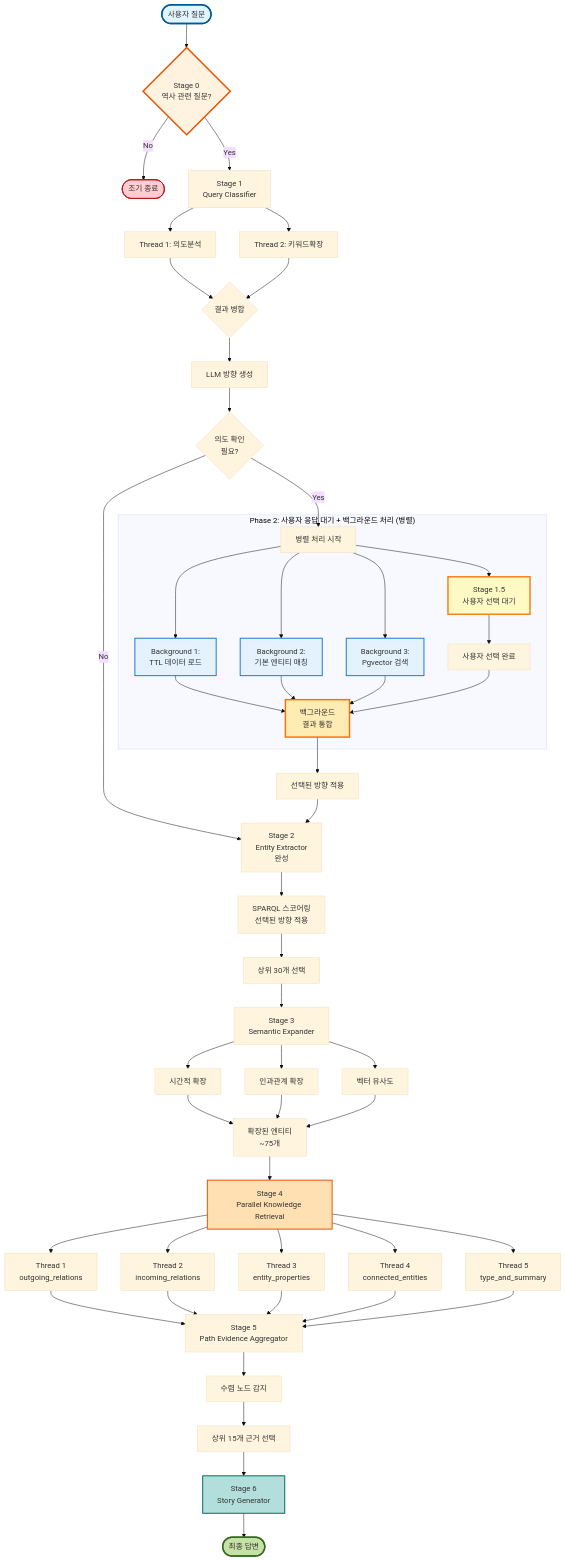
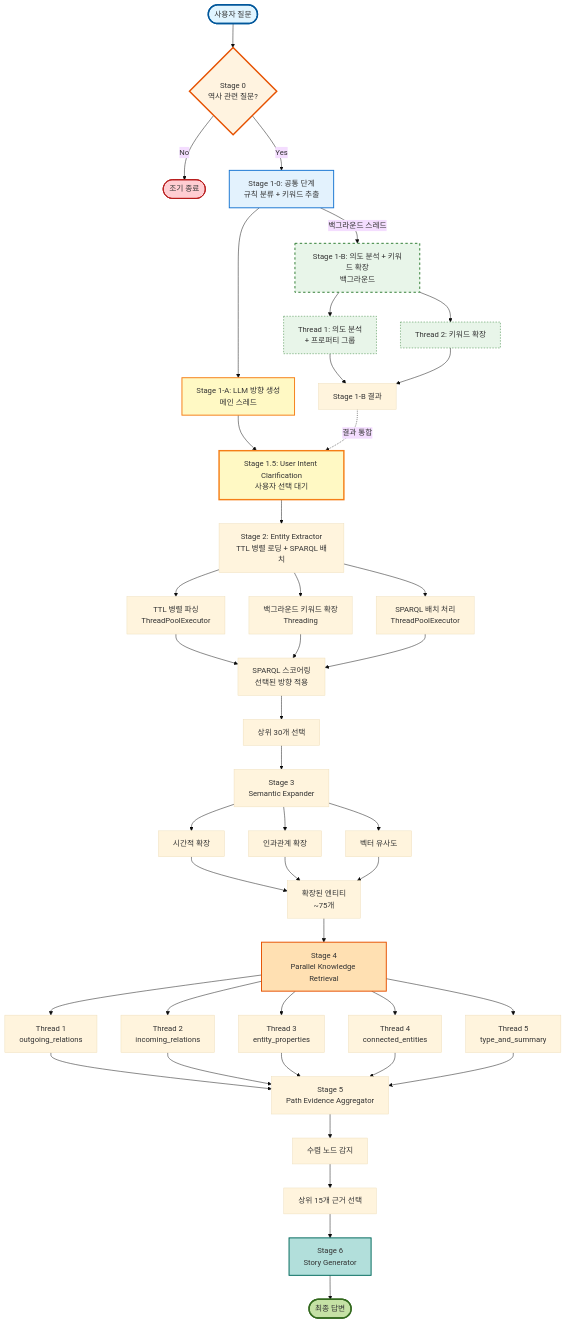
One commit to SKNETWORKS-FAMILY-AICAMP/SKN18-FINAL-3TEAM changed the third of 4 diagrams in backend/langgraph_fuseki/docs/README.md. Above: the diagram before and after it, drawn with Mermaid (base theme). The commit also changed other lines of this file and 3 other files, not shown here.

````diff
--- a/backend/langgraph_fuseki/docs/README.md
+++ b/backend/langgraph_fuseki/docs/README.md
@@ -123,82 +354,74 @@
 ```mermaid
 graph TB
     Start([사용자 질문]) --> HistCheck{Stage 0<br/>역사 관련 질문?}
 
     HistCheck -->|No| Exit([조기 종료])
-    HistCheck -->|Yes| Classifier[Stage 1<br/>Query Classifier]
+    HistCheck -->|Yes| Stage1_0[Stage 1-0: 공통 단계<br/>규칙 분류 + 키워드 추출]
 
-    Classifier --> Thread1[Thread 1: 의도분석]
-    Classifier --> Thread2[Thread 2: 키워드확장]
+    Stage1_0 --> Stage1_A[Stage 1-A: LLM 방향 생성<br/>메인 스레드]
+    Stage1_0 -->|백그라운드 스레드| Stage1_B[Stage 1-B: 의도 분석 + 키워드 확장<br/>백그라운드]
 
-    Thread1 --> Merge{결과 병합}
-    Thread2 --> Merge
+    Stage1_B --> Stage1_B_Thread1[Thread 1: 의도 분석<br/>+ 프로퍼티 그룹]
+    Stage1_B --> Stage1_B_Thread2[Thread 2: 키워드 확장]
 
-    Merge --> DirectionGen[LLM 방향 생성]
-    DirectionGen --> IntentCheck{의도 확인<br/>필요?}
+    Stage1_B_Thread1 --> Stage1_B_Merge[Stage 1-B 결과]
+    Stage1_B_Thread2 --> Stage1_B_Merge
 
-    IntentCheck -->|Yes| ParallelPhase[병렬 처리 시작]
-    IntentCheck -->|No| Extractor
+    Stage1_A --> Stage1_5[Stage 1.5: User Intent Clarification<br/>사용자 선택 대기]
+    Stage1_B_Merge -.결과 통합.-> Stage1_5
 
-    subgraph "Phase 2: 사용자 응답 대기 + 백그라운드 처리 (병렬)"
-        ParallelPhase --> Clarification[Stage 1.5<br/>사용자 선택 대기]
-        ParallelPhase --> BG1[Background 1:<br/>TTL 데이터 로드]
-        ParallelPhase --> BG2[Background 2:<br/>기본 엔티티 매칭]
-        ParallelPhase --> BG3[Background 3:<br/>Pgvector 검색]
+    Stage1_5 --> Stage2[Stage 2: Entity Extractor<br/>TTL 병렬 로딩 + SPARQL 배치]
 
-        Clarification --> UserSelect[사용자 선택 완료]
-        BG1 --> Integration[백그라운드<br/>결과 통합]
-        BG2 --> Integration
-        BG3 --> Integration
+    Stage2 --> TTL_Thread[TTL 병렬 파싱<br/>ThreadPoolExecutor]
+    Stage2 --> Keyword_Thread[백그라운드 키워드 확장<br/>Threading]
+    Stage2 --> SPARQL_Batch[SPARQL 배치 처리<br/>ThreadPoolExecutor]
 
-        UserSelect --> Integration
-    end
-
-    Integration --> DirectionApply[선택된 방향 적용]
-    DirectionApply --> Extractor[Stage 2<br/>Entity Extractor<br/>완성]
-
-    Extractor --> Scoring[SPARQL 스코어링<br/>선택된 방향 적용]
+    TTL_Thread --> Scoring[SPARQL 스코어링<br/>선택된 방향 적용]
+    Keyword_Thread --> Scoring
+    SPARQL_Batch --> Scoring
     Scoring --> Top30[상위 30개 선택]
 
     Top30 --> Expander[Stage 3<br/>Semantic Expander]
 
     Expander --> Temporal[시간적 확장]
     Expander --> Causal[인과관계 확장]
     Expander --> Vector[벡터 유사도]
 
     Temporal --> Expanded[확장된 엔티티<br/>~75개]
     Causal --> Expanded
     Vector --> Expanded
 
     Expanded --> Parallel[Stage 4<br/>Parallel Knowledge Retrieval]
 
     Parallel --> T1[Thread 1<br/>outgoing_relations]
     Parallel --> T2[Thread 2<br/>incoming_relations]
     Parallel --> T3[Thread 3<br/>entity_properties]
     Parallel --> T4[Thread 4<br/>connected_entities]
     Parallel --> T5[Thread 5<br/>type_and_summary]
 
     T1 --> PathAgg[Stage 5<br/>Path Evidence Aggregator]
     T2 --> PathAgg
     T3 --> PathAgg
     T4 --> PathAgg
     T5 --> PathAgg
 
     PathAgg --> Convergence[수렴 노드 감지]
     Convergence --> Top15[상위 15개 근거 선택]
 
     Top15 --> Generator[Stage 6<br/>Story Generator]
 
     Generator --> Answer([최종 답변])
 
     style Start fill:#e1f5ff,stroke:#01579b,stroke-width:3px
     style HistCheck fill:#fff3e0,stroke:#e65100,stroke-width:3px
-    style Clarification fill:#fff9c4,stroke:#f57f17,stroke-width:3px
-    style BG1 fill:#e3f2fd,stroke:#1976d2,stroke-width:2px
-    style BG2 fill:#e3f2fd,stroke:#1976d2,stroke-width:2px
-    style BG3 fill:#e3f2fd,stroke:#1976d2,stroke-width:2px
-    style Integration fill:#ffecb3,stroke:#ff6f00,stroke-width:3px
+    style Stage1_0 fill:#e3f2fd,stroke:#1976d2,stroke-width:2px
+    style Stage1_A fill:#fff9c4,stroke:#f57f17,stroke-width:2px
+    style Stage1_B fill:#e8f5e9,stroke:#2e7d32,stroke-width:2px,stroke-dasharray: 5 5
+    style Stage1_B_Thread1 fill:#e8f5e9,stroke:#2e7d32,stroke-width:1px,stroke-dasharray: 3 3
+    style Stage1_B_Thread2 fill:#e8f5e9,stroke:#2e7d32,stroke-width:1px,stroke-dasharray: 3 3
+    style Stage1_5 fill:#fff9c4,stroke:#f57f17,stroke-width:3px
     style Parallel fill:#ffe0b2,stroke:#e65100,stroke-width:2px
     style Generator fill:#b2dfdb,stroke:#00695c,stroke-width:2px
     style Answer fill:#c5e1a5,stroke:#33691e,stroke-width:3px
     style Exit fill:#ffcdd2,stroke:#b71c1c,stroke-width:2px
 ```
````
